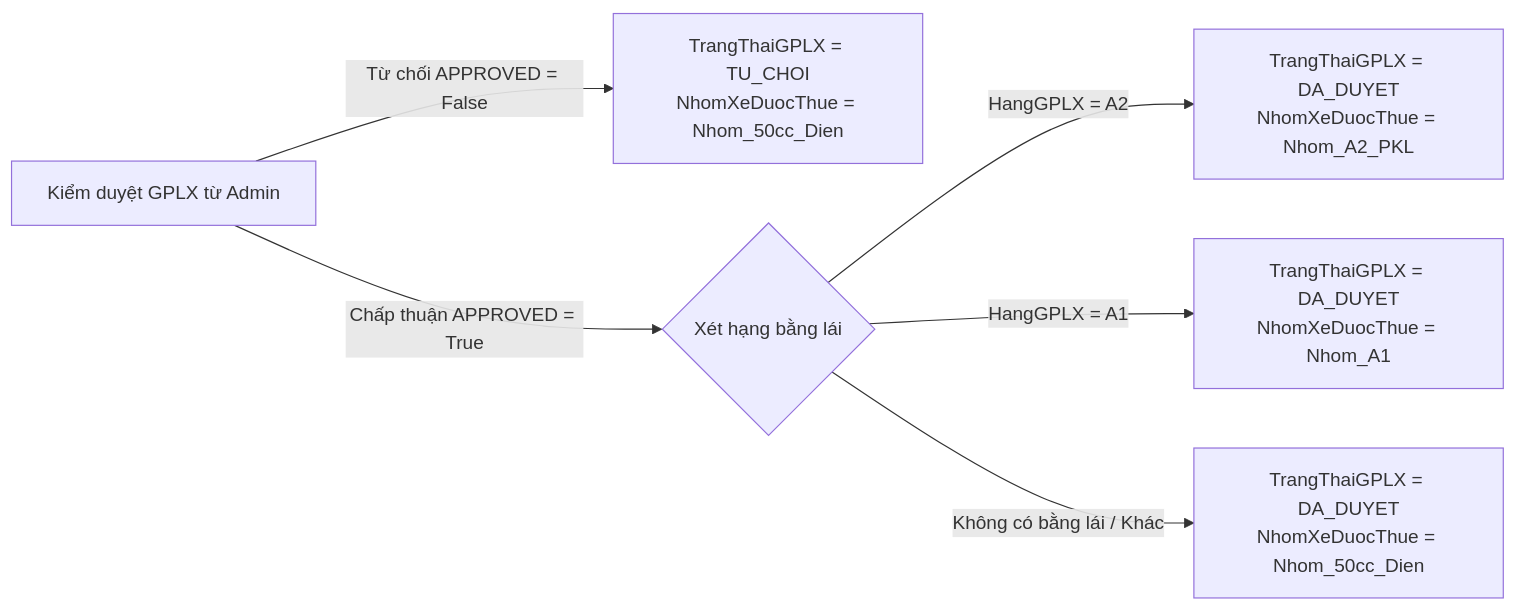
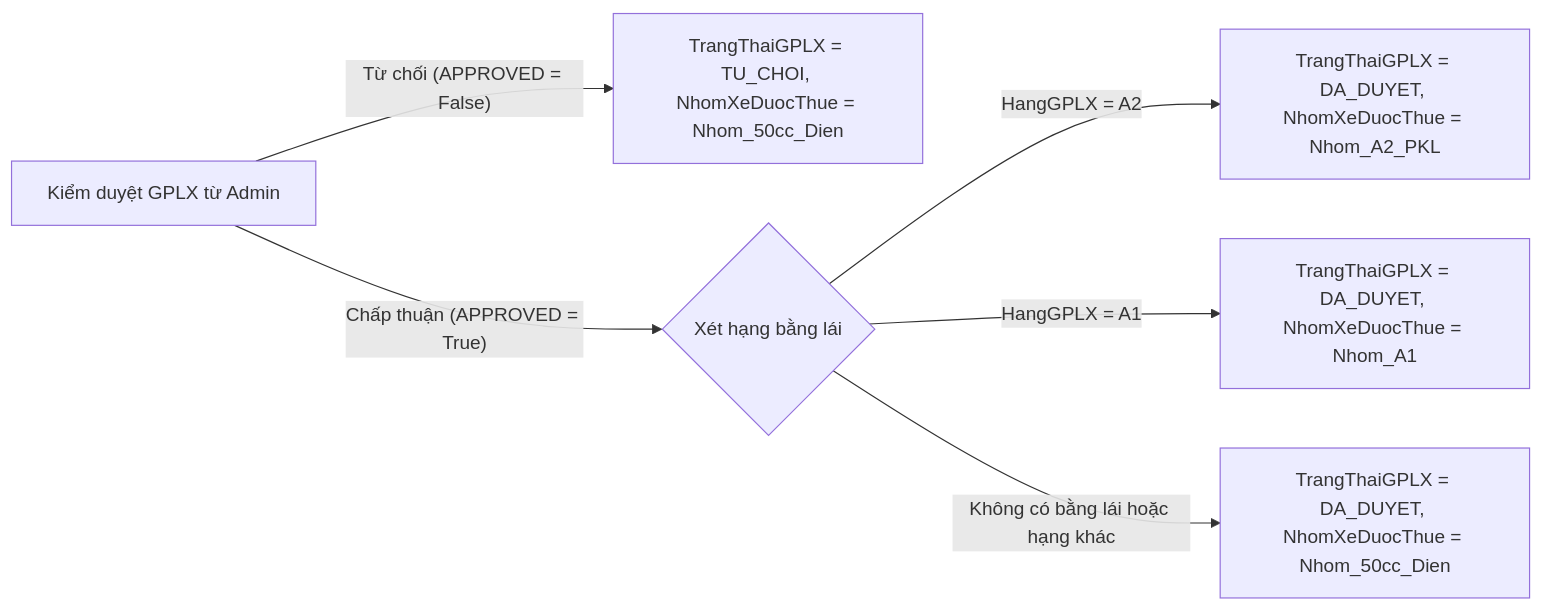
One commit to Vqd2k6/SAD-UTH changed the ninth of 16 diagrams in docs/BaoCao_DeTaiNhom_PTTKHT.md. Above: the diagram before and after it, drawn with Mermaid. The commit also changed other lines of this file and 1 other file, not shown here.

Commit message:
docs: fix Mermaid syntax errors in decision trees and add missing early return decision tree

````diff
--- a/docs/BaoCao_DeTaiNhom_PTTKHT.md
+++ b/docs/BaoCao_DeTaiNhom_PTTKHT.md
@@ -1393,8 +1393,8 @@
 ```mermaid
 graph LR
-    A["Kiểm duyệt GPLX từ Admin"] -->|Từ chối APPROVED = False| B["TrangThaiGPLX = TU_CHOI<br>NhomXeDuocThue = Nhom_50cc_Dien"]
-    A -->|Chấp thuận APPROVED = True| C{"Xét hạng bằng lái"}
-    C -->|HangGPLX = A2| D["TrangThaiGPLX = DA_DUYET<br>NhomXeDuocThue = Nhom_A2_PKL"]
-    C -->|HangGPLX = A1| E["TrangThaiGPLX = DA_DUYET<br>NhomXeDuocThue = Nhom_A1"]
-    C -->|Không có bằng lái / Khác| F["TrangThaiGPLX = DA_DUYET<br>NhomXeDuocThue = Nhom_50cc_Dien"]
+    A["Kiểm duyệt GPLX từ Admin"] -->|"Từ chối (APPROVED = False)"| B["TrangThaiGPLX = TU_CHOI, NhomXeDuocThue = Nhom_50cc_Dien"]
+    A -->|"Chấp thuận (APPROVED = True)"| C{"Xét hạng bằng lái"}
+    C -->|HangGPLX = A2| D["TrangThaiGPLX = DA_DUYET, NhomXeDuocThue = Nhom_A2_PKL"]
+    C -->|HangGPLX = A1| E["TrangThaiGPLX = DA_DUYET, NhomXeDuocThue = Nhom_A1"]
+    C -->|"Không có bằng lái hoặc hạng khác"| F["TrangThaiGPLX = DA_DUYET, NhomXeDuocThue = Nhom_50cc_Dien"]
 ```
````
